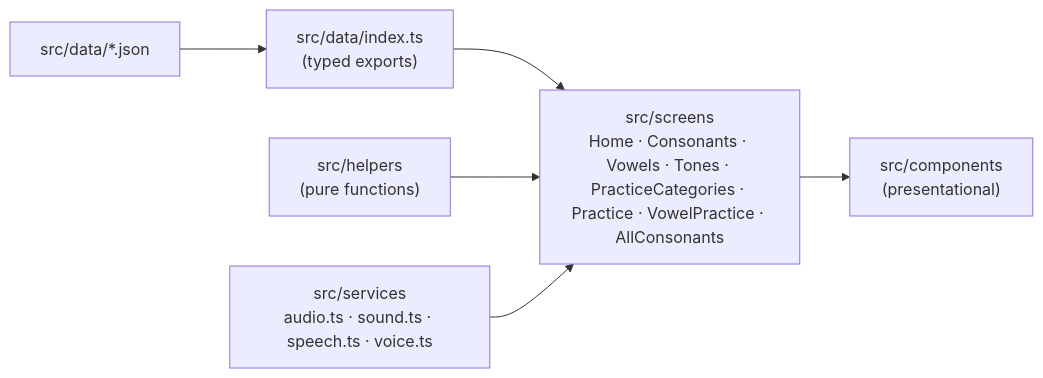
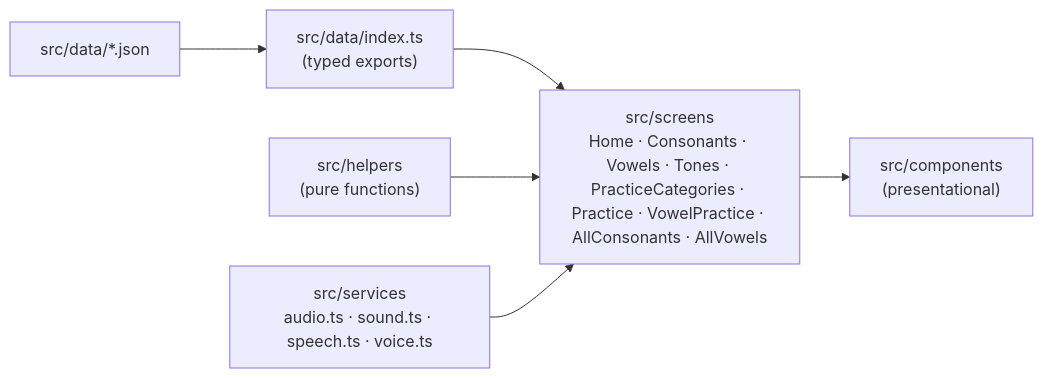
Before and after one commit to MinHan-Kyaw/kaihto: the first of 2 diagrams in docs/architecture.md, drawn with Mermaid. The commit also changed other lines of this file and 6 other files, not shown here.

First line of the commit message:
Add a hidden /all-vowels page with all combinable vowels on one screen

````diff
--- a/docs/architecture.md
+++ b/docs/architecture.md
@@ -14,8 +14,8 @@
 ```mermaid
 flowchart LR
   JSON["src/data/*.json"] --> Loader["src/data/index.ts<br/>(typed exports)"]
   Loader --> Screens
   Helpers["src/helpers<br/>(pure functions)"] --> Screens
   Services["src/services<br/>audio.ts · sound.ts · speech.ts · voice.ts"] --> Screens
-  Screens["src/screens<br/>Home · Consonants · Vowels · Tones · PracticeCategories · Practice · VowelPractice · AllConsonants"] --> Components["src/components<br/>(presentational)"]
+  Screens["src/screens<br/>Home · Consonants · Vowels · Tones · PracticeCategories · Practice · VowelPractice · AllConsonants · AllVowels"] --> Components["src/components<br/>(presentational)"]
 ```
````
